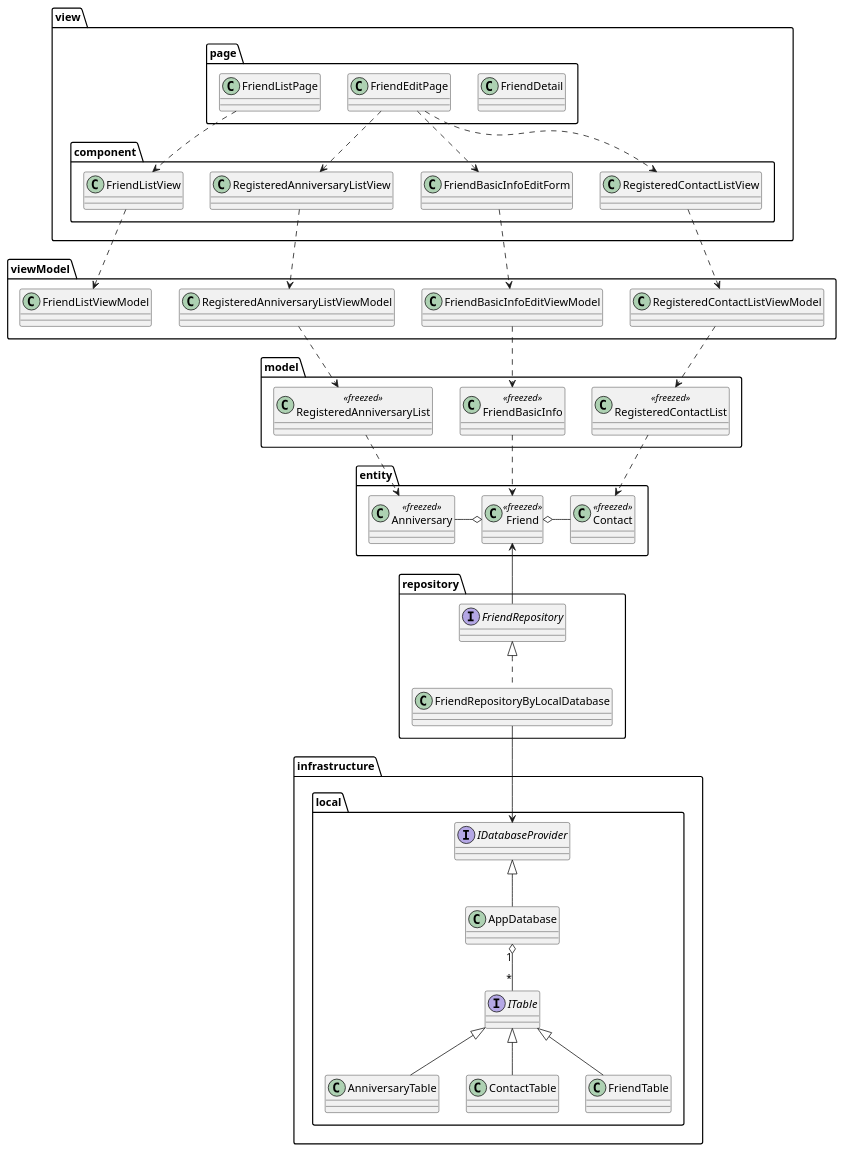
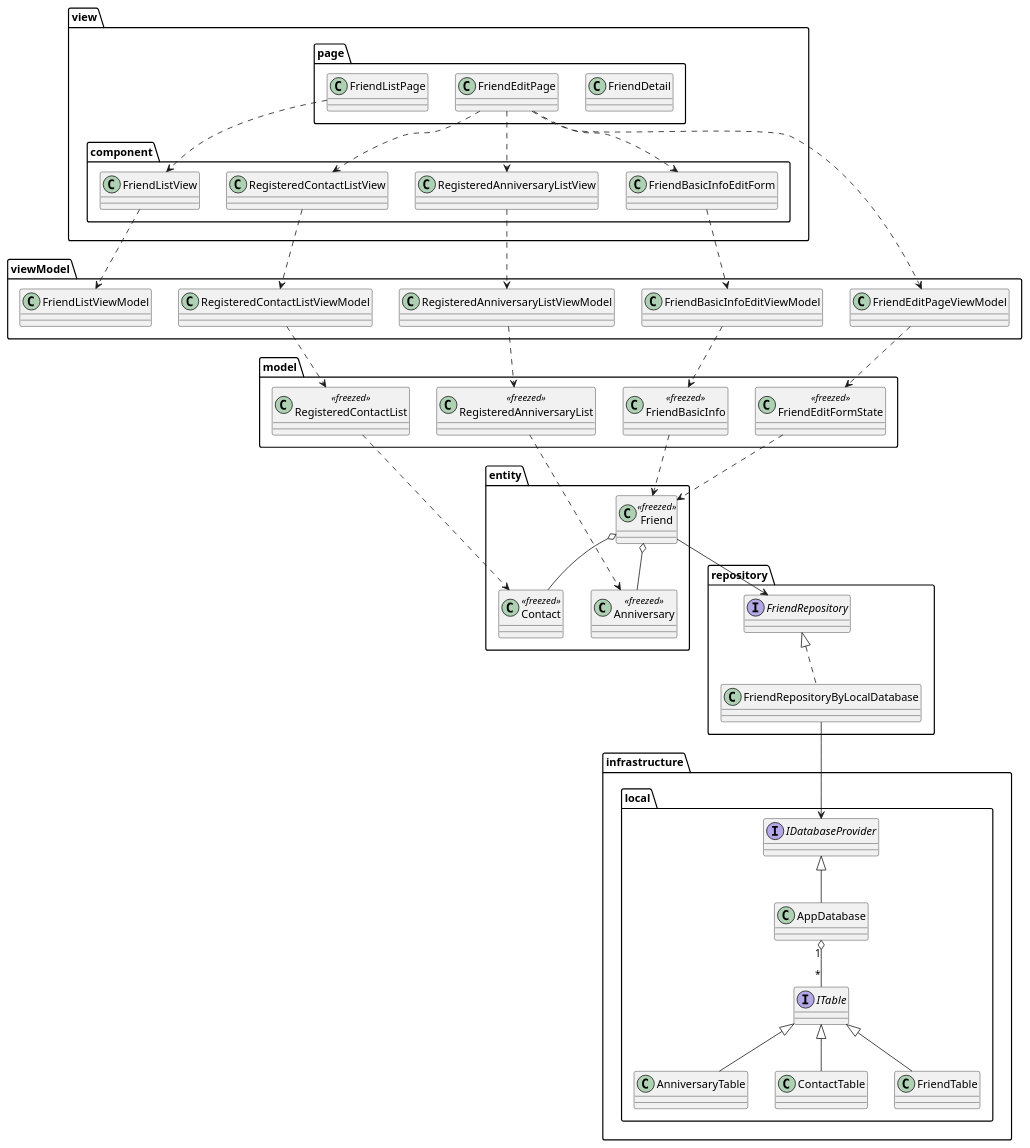
One commit to nmskm240/friend_list changed the diagram in uml/class_diagram.pu. Above: the diagram before and after it, drawn with PlantUML. The commit also changed 6 other files, not shown here.

```diff
--- a/uml/class_diagram.pu
+++ b/uml/class_diagram.pu
@@ -1,88 +1,93 @@
 @startuml
 
 package view {
     package page {
         class FriendDetail
         class FriendEditPage
         class FriendListPage
     }
 
     package component {
         class FriendListView
         class FriendBasicInfoEditForm
         class RegisteredAnniversaryListView
         class RegisteredContactListView
     }
 }
 
 package viewModel {
     class FriendListViewModel
+    class FriendEditPageViewModel
     class FriendBasicInfoEditViewModel
     class RegisteredAnniversaryListViewModel
     class RegisteredContactListViewModel
 }
 
 package model {
     class FriendBasicInfo<<freezed>>
+    class FriendEditFormState<<freezed>>
     class RegisteredAnniversaryList<<freezed>>
     class RegisteredContactList<<freezed>>
 }
 
 
 package repository {
     interface FriendRepository
     class FriendRepositoryByLocalDatabase
 }
 
 package entity {
     class Anniversary<<freezed>>
     class Contact<<freezed>>
     class Friend<<freezed>>
 }
 
 package infrastructure {
     package local {
         class AnniversaryTable
         class AppDatabase
         class ContactTable
         class FriendTable
         interface IDatabaseProvider
         interface ITable
     }
 }
 
 FriendListView ..> FriendListViewModel
 
 FriendListPage ..> FriendListView
 FriendEditPage ..> FriendBasicInfoEditForm
 FriendEditPage ..> RegisteredAnniversaryListView
 FriendEditPage ..> RegisteredContactListView
 
+FriendEditPage ..> FriendEditPageViewModel
 FriendBasicInfoEditForm ..> FriendBasicInfoEditViewModel
 RegisteredAnniversaryListView ..> RegisteredAnniversaryListViewModel
 RegisteredContactListView ..> RegisteredContactListViewModel
 
+FriendEditPageViewModel ..> FriendEditFormState
 FriendBasicInfoEditViewModel ..> FriendBasicInfo
 RegisteredAnniversaryListViewModel ..> RegisteredAnniversaryList
 RegisteredContactListViewModel ..> RegisteredContactList
 
 FriendBasicInfo ..> Friend
 RegisteredAnniversaryList ..> Anniversary
 RegisteredContactList ..> Contact
+FriendEditFormState ..> Friend
 
-Friend o-left- Anniversary
-Friend o- Contact
+Friend o-- Anniversary
+Friend o-- Contact
 
-Friend <-- FriendRepository
+Friend --> FriendRepository
 
 FriendRepository <|.. FriendRepositoryByLocalDatabase
 
 FriendRepositoryByLocalDatabase --> IDatabaseProvider
 
 ITable <|-- AnniversaryTable
 ITable <|-- ContactTable
 ITable <|-- FriendTable
 AppDatabase "1" o-- "*" ITable
 IDatabaseProvider <|-- AppDatabase
 
 @enduml
```
